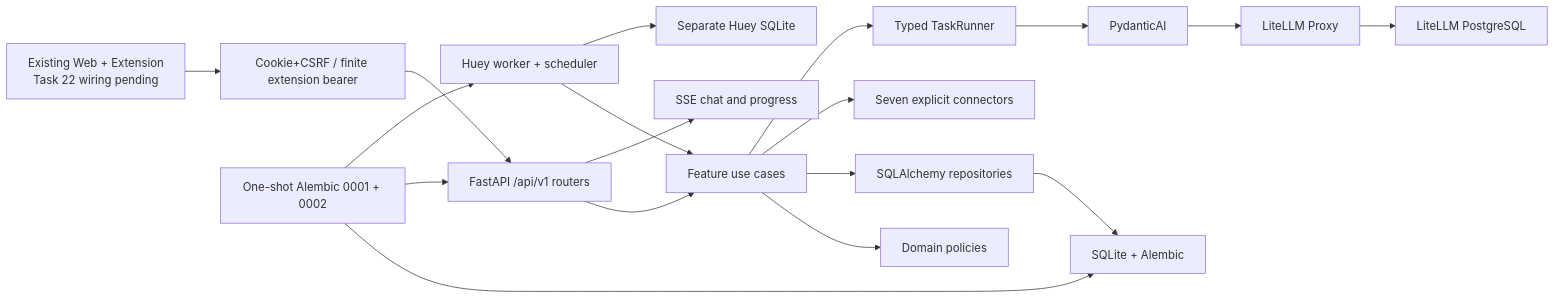
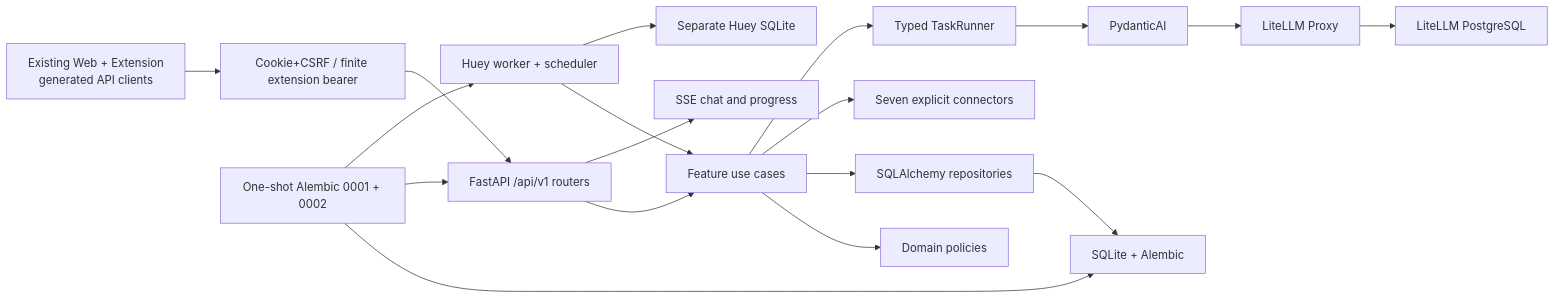
Before and after one commit to Zhujingxi/OpenBiliClaw: the diagram in README.md, drawn with Mermaid. The commit also changed other lines of this file and 158 other files, not shown here.

Commit message:
refactor: rewire web and extension to vnext api

````diff
--- a/README.md
+++ b/README.md
@@ -27,20 +27,20 @@
 ```mermaid
 flowchart LR
-    UI["Existing Web + Extension<br/>Task 22 wiring pending"] --> AUTH["Cookie+CSRF / finite extension bearer"]
+    UI["Existing Web + Extension<br/>generated API clients"] --> AUTH["Cookie+CSRF / finite extension bearer"]
     AUTH --> API["FastAPI /api/v1 routers"]
     API --> UC["Feature use cases"]
     API --> SSE["SSE chat and progress"]
     JOBS["Huey worker + scheduler"] --> UC
     UC --> DOMAIN["Domain policies"]
     UC --> REPOS["SQLAlchemy repositories"]
     UC --> SOURCES["Seven explicit connectors"]
     UC --> AI["Typed TaskRunner"]
     MIGRATE["One-shot Alembic 0001 + 0002"] --> DB
     MIGRATE --> API
     MIGRATE --> JOBS
     AI --> PYD["PydanticAI"]
     PYD --> LLM["LiteLLM Proxy"]
     REPOS --> DB["SQLite + Alembic"]
     JOBS --> QUEUE["Separate Huey SQLite"]
     LLM --> PG["LiteLLM PostgreSQL"]
 ```
````
